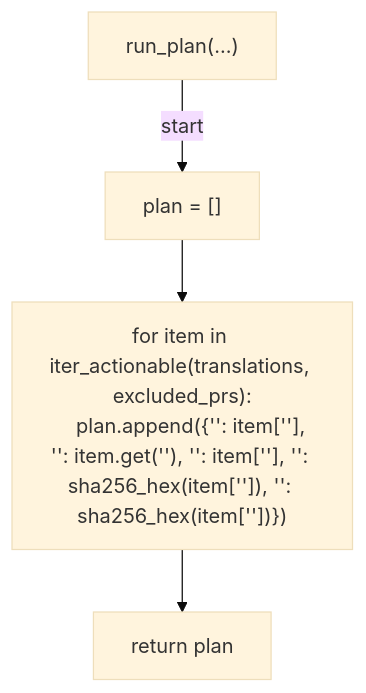
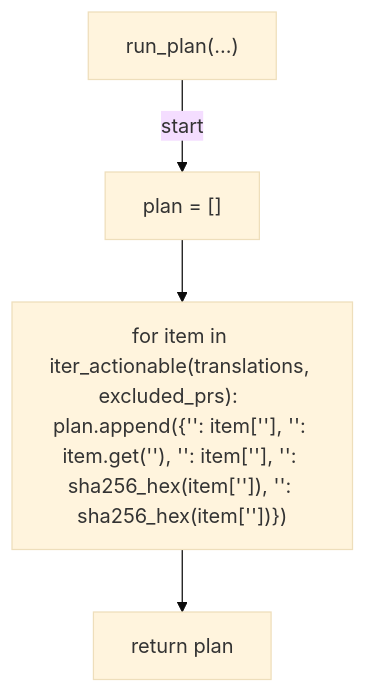
Before and after one commit to tvna/claude-md: diagram 13 of 19 in docs/generated/scripts/ast/sanitize_history.md, drawn with Mermaid (base theme). The commit also changed other lines of this file and 29 other files, not shown here.

First line of the commit message:
docs(generated): regenerate decision tree and workflow diagrams (batch 3/5)

````diff
--- a/docs/generated/scripts/ast/sanitize_history.md
+++ b/docs/generated/scripts/ast/sanitize_history.md
@@ -259,11 +220,10 @@
 ```mermaid
 flowchart TD
     N001["run_plan(...)"]
     N002["plan = []"]
-    N003["for item in iter_actionable(translations, excluded_prs):
-    plan.append({'<str>': item['<str>'], '<str>': item.get('<str>'), '<str>': item['<str>'], '<str>': sha256_hex(item['<str>']), '<str>': sha256_hex(item['<str>'])})"]
+    N003["for item in iter_actionable(translations, excluded_prs):     plan.append({'<str>': item['<str>'], '<str>': item.get('<str>'), '<str>': item['<str>'], '<str>': sha256_hex(item['<str>']), '<str>': sha256_hex(item['<str>'])})"]
     N004["return plan"]
     N001 -->|"start"| N002
     N002 --> N003
     N003 --> N004
 ```
````
